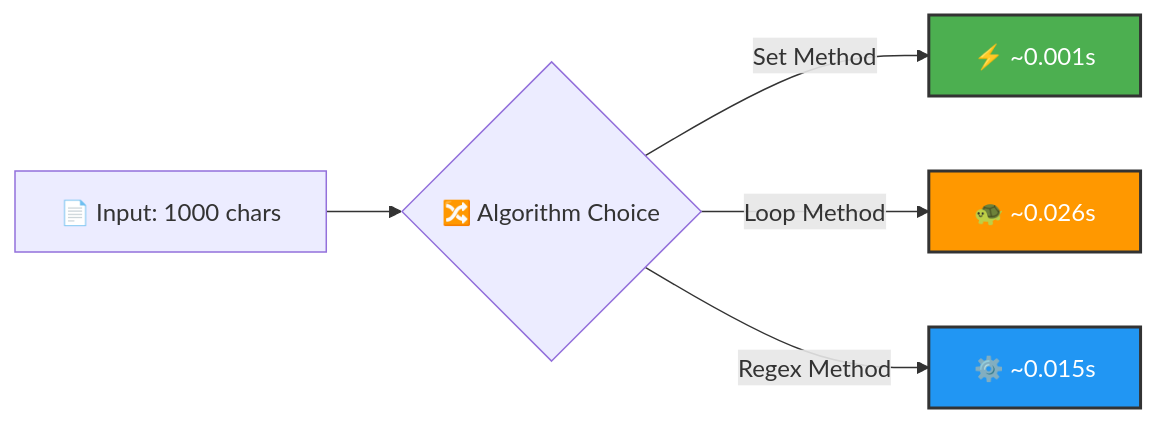
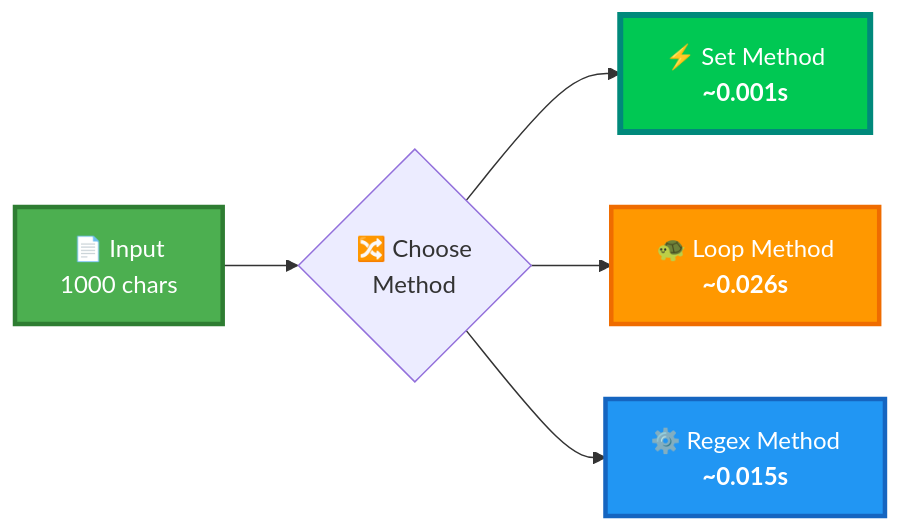
Before and after one commit to LuthandoCandlovu/sarao-technical-challenge: the second of 2 diagrams in project-3/README.md, drawn with Mermaid. The commit also changed other lines of this file, not shown here.

````diff
--- a/project-3/README.md
+++ b/project-3/README.md
@@ -370,11 +583,18 @@
 ```mermaid
 graph LR
-    A[📄 Input: 1000 chars] --> B{🔀 Algorithm Choice}
-    B -->|Set Method| C[⚡ ~0.001s]
-    B -->|Loop Method| D[🐢 ~0.026s]
-    B -->|Regex Method| E[⚙️ ~0.015s]
-
-    style C fill:#4CAF50,stroke:#333,stroke-width:2px,color:#fff
-    style D fill:#FF9800,stroke:#333,stroke-width:2px,color:#fff
-    style E fill:#2196F3,stroke:#333,stroke-width:2px,color:#fff
+    A["📄 Input<br/>1000 chars"]
+    B{"🔀 Choose<br/>Method"}
+    C["⚡ Set Method<br/><b>~0.001s</b>"]
+    D["🐢 Loop Method<br/><b>~0.026s</b>"]
+    E["⚙️ Regex Method<br/><b>~0.015s</b>"]
+    
+    A --> B
+    B --> C
+    B --> D
+    B --> E
+    
+    style A fill:#4CAF50,stroke:#2E7D32,stroke-width:3px,color:#fff
+    style C fill:#00C853,stroke:#00897B,stroke-width:4px,color:#fff
+    style D fill:#FF9800,stroke:#EF6C00,stroke-width:3px,color:#fff
+    style E fill:#2196F3,stroke:#1565C0,stroke-width:3px,color:#fff
 ```
````
